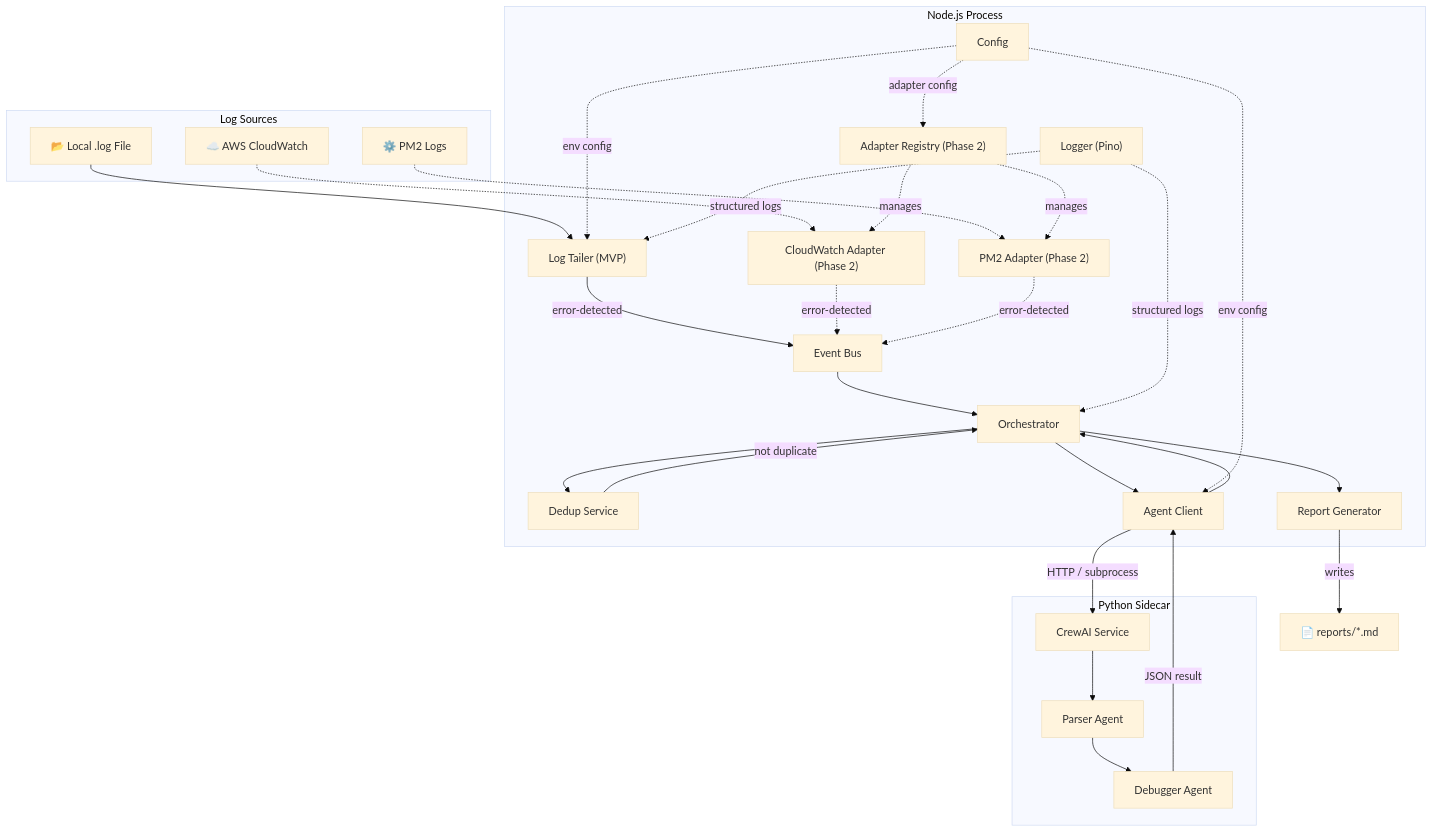
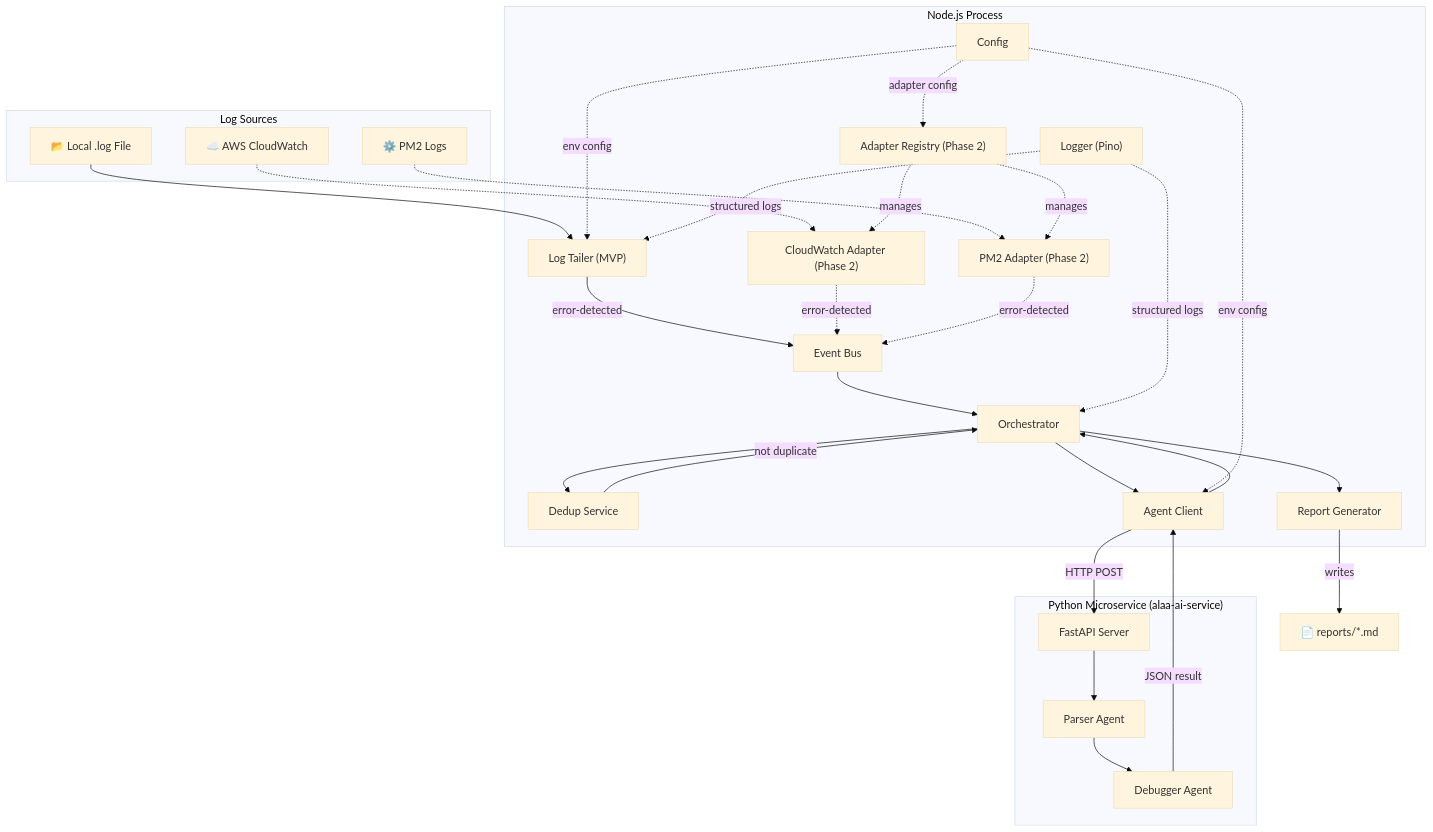
Before and after one commit to muddledluck/Agentic-Log-Analyzer-And-Auto-Fixer: the first of 8 diagrams in docs/hld.md, drawn with Mermaid (base theme). The commit also changed other lines of this file and 31 other files, not shown here.

````diff
--- a/docs/hld.md
+++ b/docs/hld.md
@@ -7,56 +7,56 @@
 ```mermaid
 graph TB
     subgraph "Node.js Process"
         CFG["Config"]
         AR["Adapter Registry (Phase 2)"]
         LT["Log Tailer (MVP)"]
         CW["CloudWatch Adapter (Phase 2)"]
         PM["PM2 Adapter (Phase 2)"]
         EB["Event Bus"]
         OR["Orchestrator"]
         DS["Dedup Service"]
         AC["Agent Client"]
         RG["Report Generator"]
         LOG["Logger (Pino)"]
     end
 
-    subgraph "Python Sidecar"
-        CS["CrewAI Service"]
+    subgraph "Python Microservice (alaa-ai-service)"
+        CS["FastAPI Server"]
         PA["Parser Agent"]
         DA["Debugger Agent"]
     end
 
     subgraph "Log Sources"
         LS1["📂 Local .log File"]
         LS2["☁️ AWS CloudWatch"]
         LS3["⚙️ PM2 Logs"]
     end
 
     LS1 --> LT
     LS2 -.-> CW
     LS3 -.-> PM
 
     LT -->|error-detected| EB
     CW -.->|error-detected| EB
     PM -.->|error-detected| EB
     AR -.->|manages| CW
     AR -.->|manages| PM
 
     EB --> OR
     OR --> DS
     DS -->|not duplicate| OR
     OR --> AC
-    AC -->|HTTP / subprocess| CS
+    AC -->|HTTP POST| CS
     CS --> PA
     PA --> DA
     DA -->|JSON result| AC
     AC --> OR
     OR --> RG
     RG -->|writes| RPT["📄 reports/*.md"]
 
     CFG -.->|env config| LT
     CFG -.->|env config| AC
     CFG -.->|adapter config| AR
     LOG -.->|structured logs| LT
     LOG -.->|structured logs| OR
 ```
````
